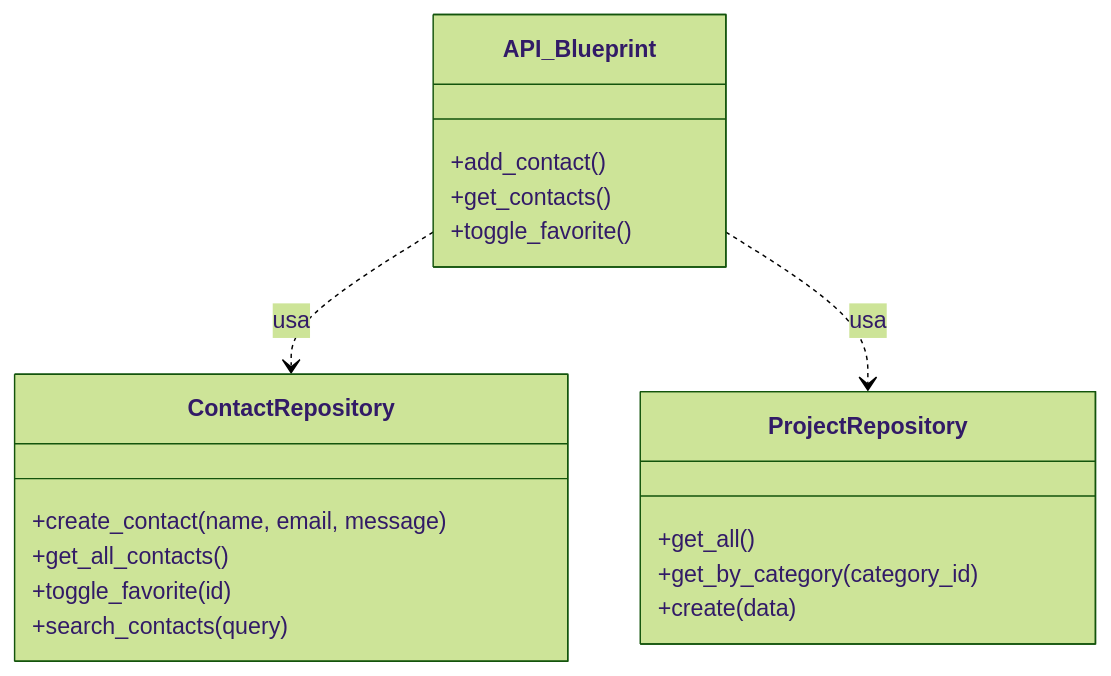
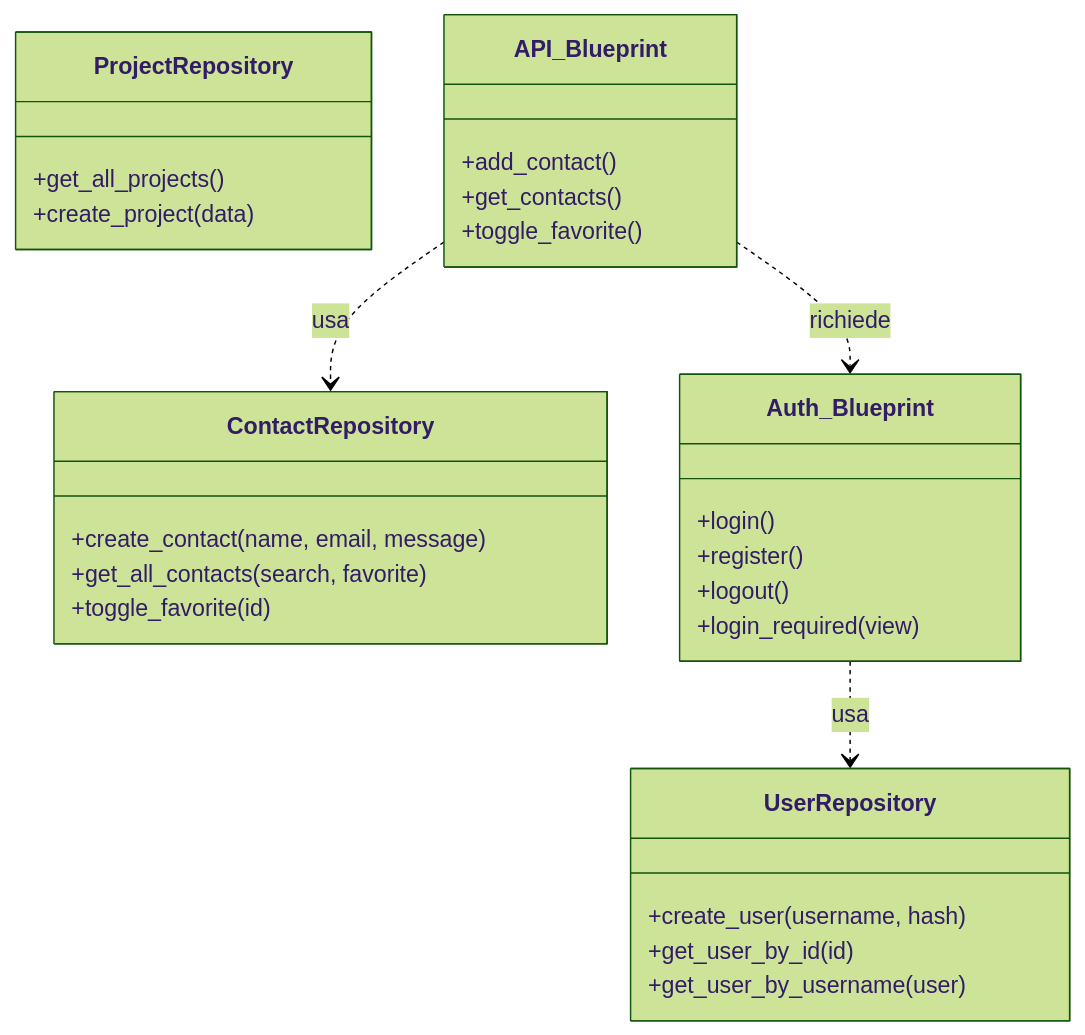
One commit to simonkolaaa/portfolio-backend changed the second of 3 diagrams in docs/DOCUMENTAZIONE.md. Above: the diagram before and after it, drawn with Mermaid (forest theme). The commit also changed other lines of this file and 1 other file, not shown here.

Commit message:
Docs: Fix diagrammi e aggiornamento README

````diff
--- a/docs/DOCUMENTAZIONE.md
+++ b/docs/DOCUMENTAZIONE.md
@@ -38,22 +44,32 @@
 ```mermaid
 classDiagram
+    class UserRepository {
+        +create_user(username, hash)
+        +get_user_by_id(id)
+        +get_user_by_username(user)
+    }
     class ContactRepository {
         +create_contact(name, email, message)
-        +get_all_contacts()
+        +get_all_contacts(search, favorite)
         +toggle_favorite(id)
-        +search_contacts(query)
     }
     class ProjectRepository {
-        +get_all()
-        +get_by_category(category_id)
-        +create(data)
+        +get_all_projects()
+        +create_project(data)
+    }
+    class Auth_Blueprint {
+        +login()
+        +register()
+        +logout()
+        +login_required(view)
     }
     class API_Blueprint {
         +add_contact()
         +get_contacts()
         +toggle_favorite()
     }
     
     API_Blueprint ..> ContactRepository : usa
-    API_Blueprint ..> ProjectRepository : usa
+    API_Blueprint ..> Auth_Blueprint : richiede
+    Auth_Blueprint ..> UserRepository : usa
 ```
````
